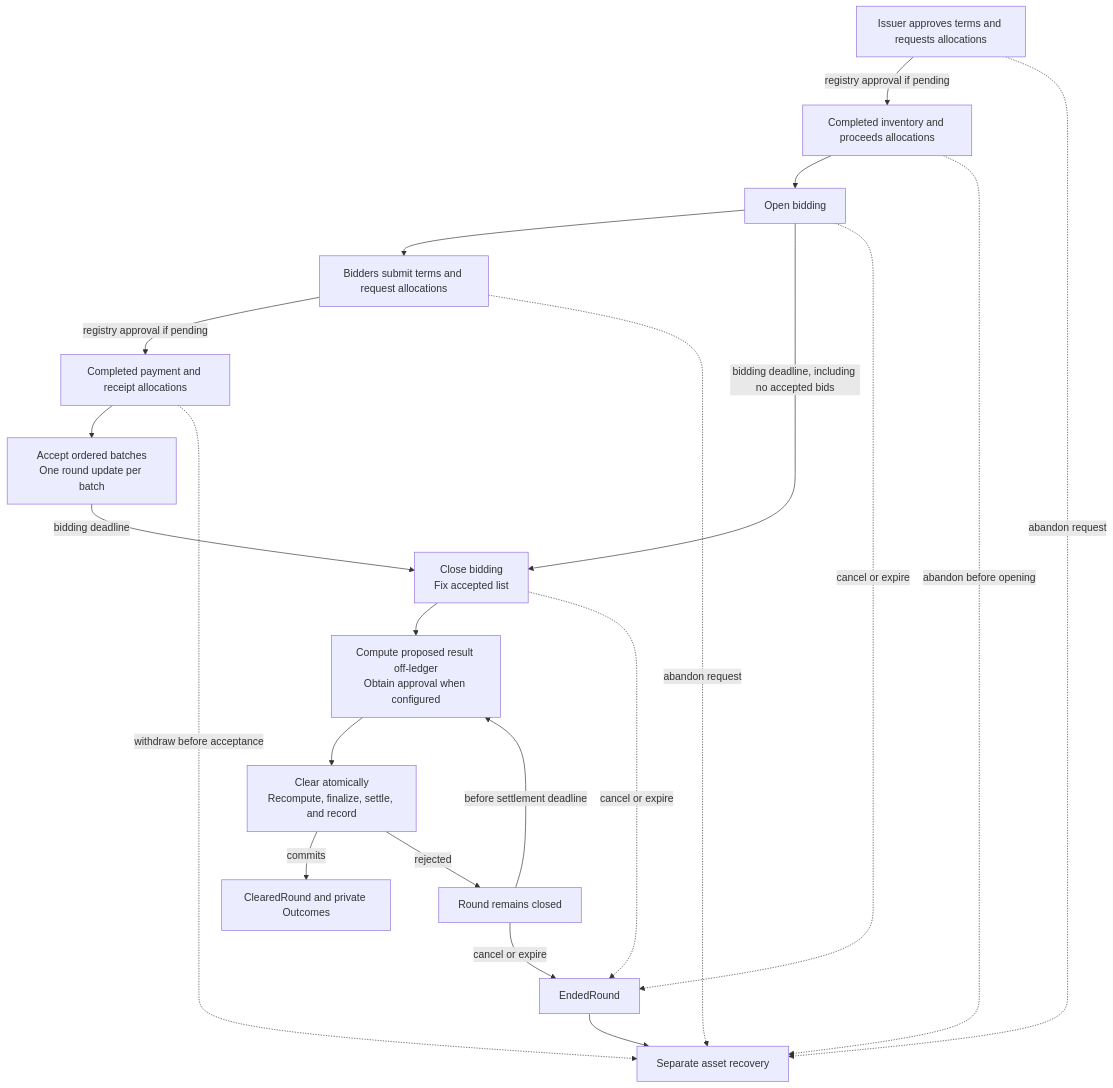
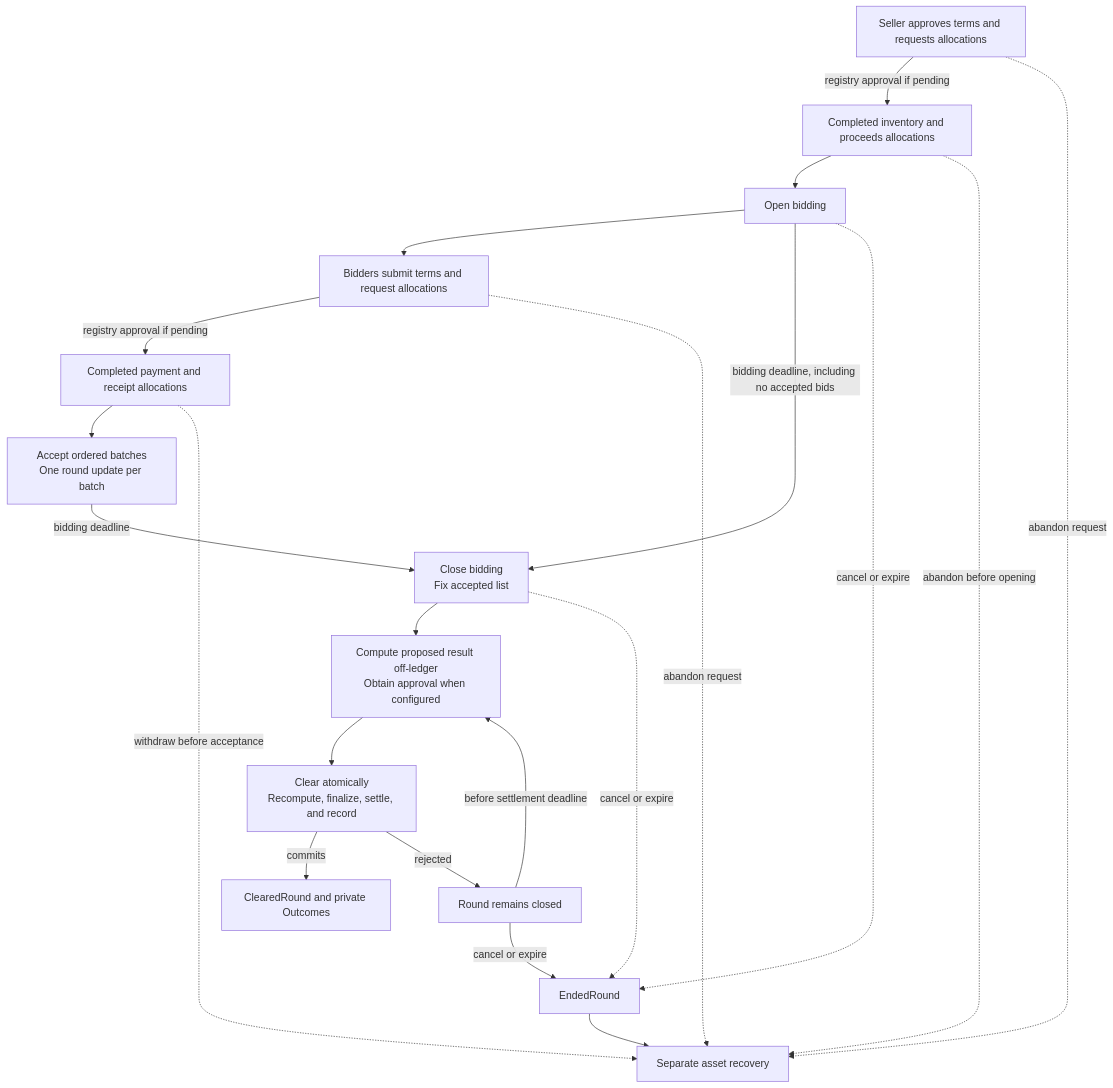
The diagram in docs/reference-architectures/confidential-auction.md (OpenZeppelin/canton-specs), drawn with Mermaid before and after one commit. The commit also changed other lines of this file, not shown here.

````diff
--- a/docs/reference-architectures/confidential-auction.md
+++ b/docs/reference-architectures/confidential-auction.md
@@ -250,23 +250,23 @@
 ```mermaid
 flowchart TB
-    PrepareRound["Issuer approves terms and requests allocations"] -->|"registry approval if pending"| RoundReady["Completed inventory and proceeds allocations"]
+    PrepareRound["Seller approves terms and requests allocations"] -->|"registry approval if pending"| RoundReady["Completed inventory and proceeds allocations"]
     RoundReady --> Open["Open bidding"]
     Open --> PrepareBid["Bidders submit terms and request allocations"]
     PrepareBid -->|"registry approval if pending"| Ready["Completed payment and receipt allocations"]
     Ready --> Accept["Accept ordered batches<br/>One round update per batch"]
     Accept -->|"bidding deadline"| Close["Close bidding<br/>Fix accepted list"]
     Open -->|"bidding deadline, including no accepted bids"| Close
     Close --> Propose["Compute proposed result off-ledger<br/>Obtain approval when configured"]
     Propose --> Clear["Clear atomically<br/>Recompute, finalize, settle, and record"]
     Clear -->|"commits"| Done["ClearedRound and private Outcomes"]
     Clear -->|"rejected"| Retry["Round remains closed"]
     Retry -->|"before settlement deadline"| Propose
     Retry -->|"cancel or expire"| End["EndedRound"]
     Open -.->|"cancel or expire"| End
     Close -.->|"cancel or expire"| End
     PrepareRound -.->|"abandon request"| Recover["Separate asset recovery"]
     RoundReady -.->|"abandon before opening"| Recover
     PrepareBid -.->|"abandon request"| Recover
     Ready -.->|"withdraw before acceptance"| Recover
     End --> Recover
 ```
````
